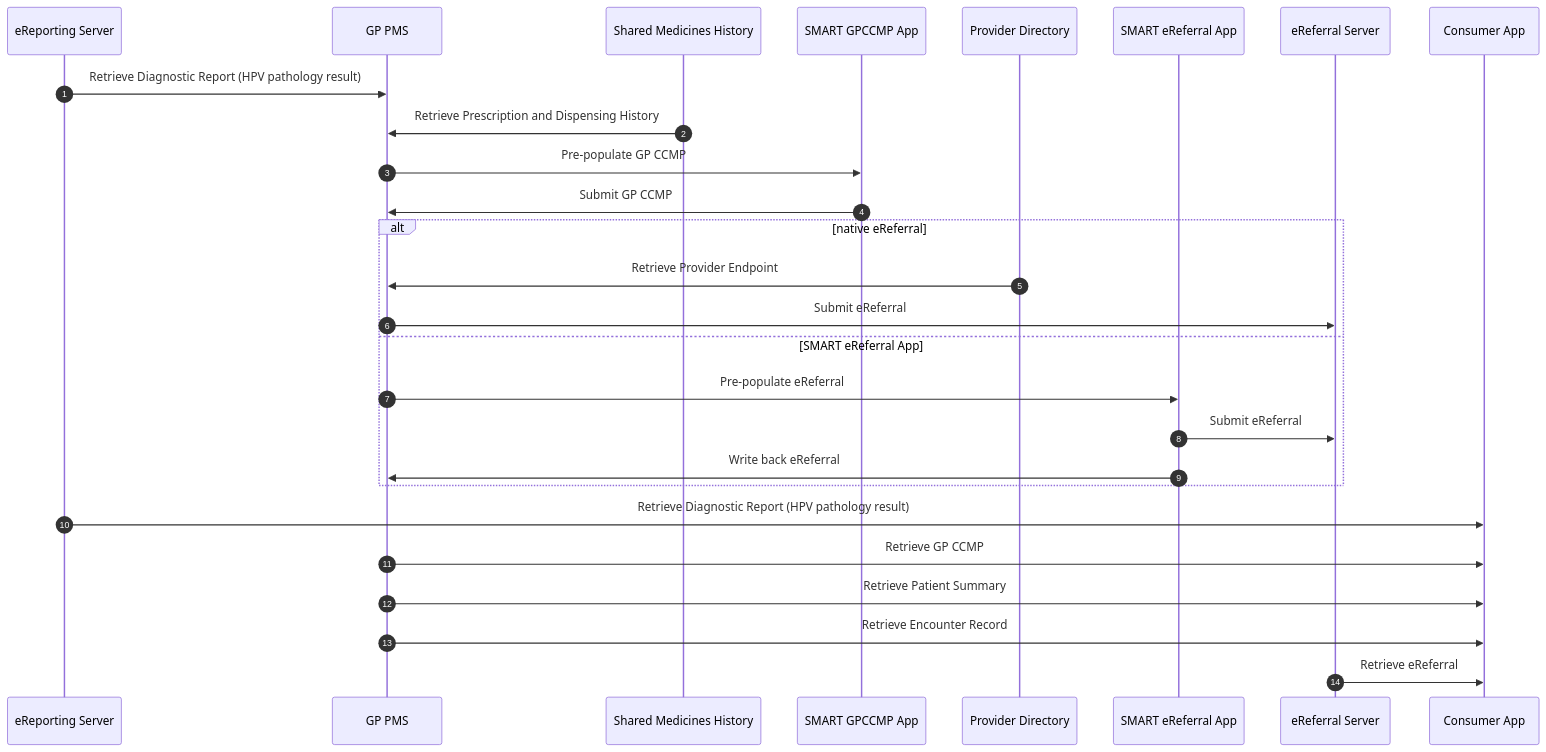
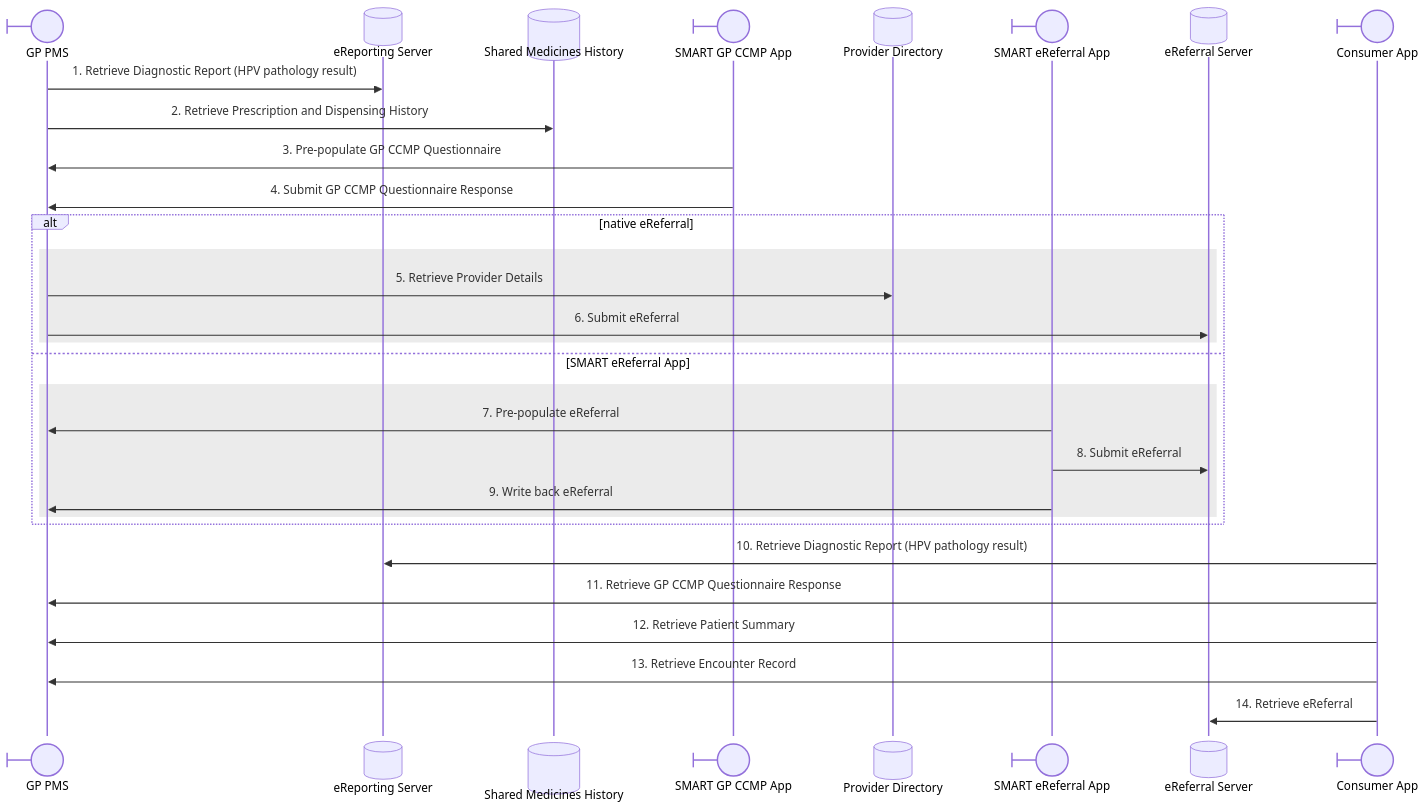
Before and after one commit to hl7au/au-fhir-test-data: the second of 7 diagrams in au-fhir-test-data-set/connected-care/Alex Story Interactions.md, drawn with Mermaid. The commit also changed other lines of this file, not shown here.

Commit message:
Updated Alex Story Interactions.md so diagrams read initiator→responder directly, with manual numbering, typed/described participants, and consistent naming.

````diff
--- a/au-fhir-test-data-set/connected-care/Alex Story Interactions.md
+++ b/au-fhir-test-data-set/connected-care/Alex Story Interactions.md
@@ -45,34 +68,37 @@
 ```mermaid
 sequenceDiagram
-    autonumber
-    participant RptSvr as eReporting Server
-    participant PMS as GP PMS
-    participant PMH as Shared Medicines History
-    participant CPApp as SMART GPCCMP App
-    participant PD as Provider Directory
-    participant RefApp as SMART eReferral App
-    participant RefSvr as eReferral Server
-    participant PatApp as Consumer App
+    participant PMS@{ "type" : "boundary" } as GP PMS
+    participant RptSvr@{ "type" : "database" } as eReporting Server
+    participant PMH@{ "type" : "database" } as Shared Medicines History
+    participant CPApp@{ "type" : "boundary" } as SMART GP CCMP App
+    participant PD@{ "type" : "database" } as Provider Directory
+    participant RefApp@{ "type" : "boundary" } as SMART eReferral App
+    participant RefSvr@{ "type" : "database" } as eReferral Server
+    participant PatApp@{ "type" : "boundary" } as Consumer App
     
-    RptSvr->>PMS: Retrieve Diagnostic Report (HPV pathology result)
-    PMH->>PMS: Retrieve Prescription and Dispensing History
+    PMS->>RptSvr: 1. Retrieve Diagnostic Report (HPV pathology result)
+    PMS->>PMH: 2. Retrieve Prescription and Dispensing History
 
-    PMS->>CPApp: Pre-populate GP CCMP
-    CPApp->>PMS: Submit GP CCMP
+    CPApp->>PMS: 3. Pre-populate GP CCMP Questionnaire
+    CPApp->>PMS: 4. Submit GP CCMP Questionnaire Response
 
     alt native eReferral 
-      PD->>PMS: Retrieve Provider Endpoint
-      PMS->>RefSvr: Submit eReferral
+      rect rgb(235, 235, 235)
+        PMS->>PD: 5. Retrieve Provider Details
+        PMS->>RefSvr: 6. Submit eReferral
+      end
     else SMART eReferral App
-      PMS->>RefApp: Pre-populate eReferral
-      RefApp->>RefSvr: Submit eReferral
-      RefApp->>PMS: Write back eReferral 
+      rect rgb(235, 235, 235)
+        RefApp->>PMS: 7. Pre-populate eReferral
+        RefApp->>RefSvr: 8. Submit eReferral
+        RefApp->>PMS: 9. Write back eReferral 
+      end
     end
 
-    RptSvr->>PatApp: Retrieve Diagnostic Report (HPV pathology result)
-    PMS->>PatApp: Retrieve GP CCMP
-    PMS->>PatApp: Retrieve Patient Summary
-    PMS->>PatApp: Retrieve Encounter Record
-    RefSvr->>PatApp: Retrieve eReferral
+    PatApp->>RptSvr: 10. Retrieve Diagnostic Report (HPV pathology result)
+    PatApp->>PMS: 11. Retrieve GP CCMP Questionnaire Response
+    PatApp->>PMS: 12. Retrieve Patient Summary
+    PatApp->>PMS: 13. Retrieve Encounter Record
+    PatApp->>RefSvr: 14. Retrieve eReferral
 
 ```
````
